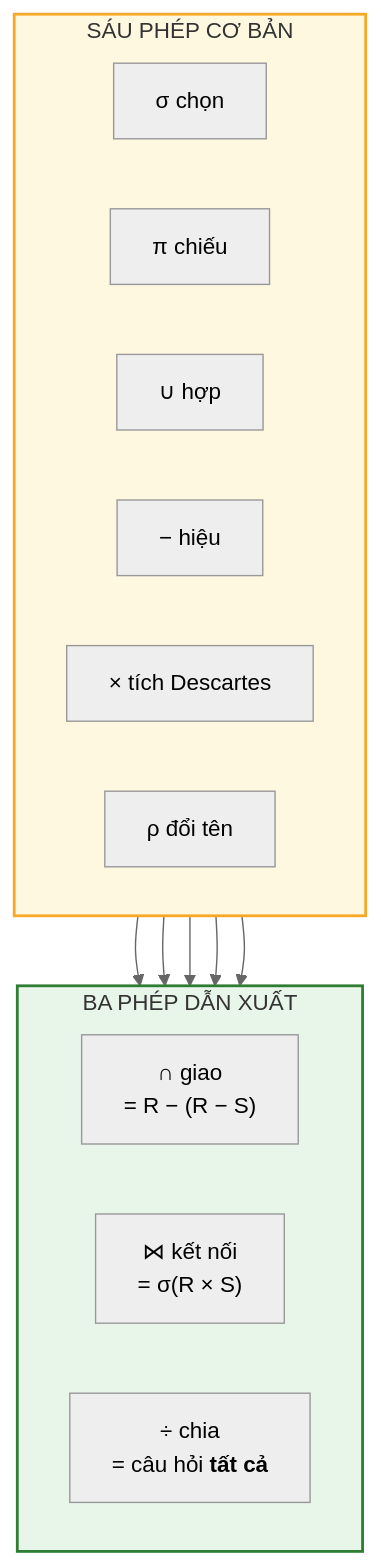
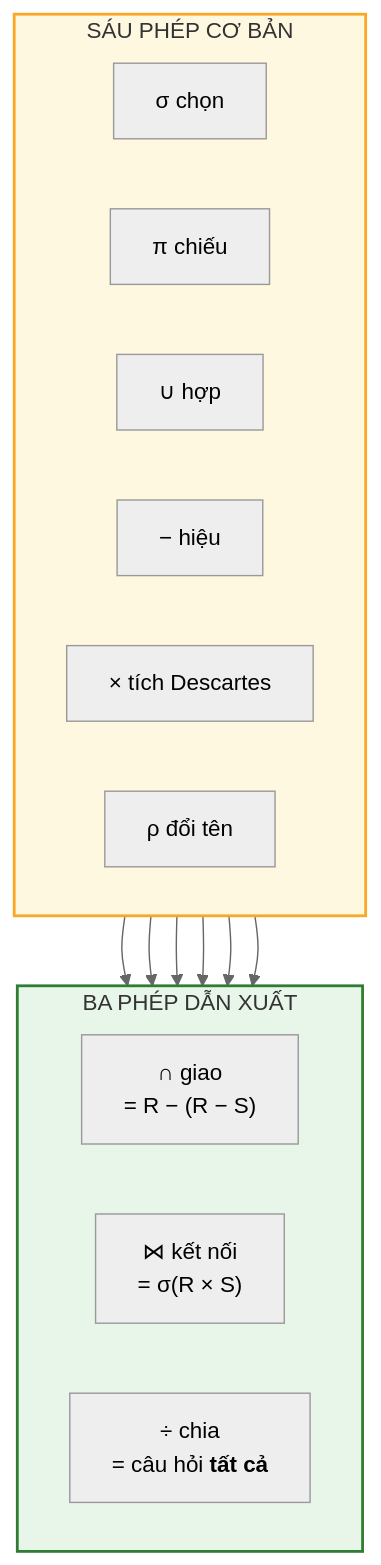
The second of 2 diagrams in docs/cap-3-sql/21-dai-so-quan-he.md (hungnguyen010518/database-tu-a-z), drawn with Mermaid (neutral theme) before and after one commit. The commit also changed other lines of this file and 6 other files, not shown here.

````diff
--- a/docs/cap-3-sql/21-dai-so-quan-he.md
+++ b/docs/cap-3-sql/21-dai-so-quan-he.md
@@ -161,28 +169,29 @@
 ```mermaid
 flowchart TB
     subgraph CB["SÁU PHÉP CƠ BẢN"]
         direction LR
         SEL["σ chọn"]
         PRO["π chiếu"]
         UNI["∪ hợp"]
         DIF["− hiệu"]
         CAR["× tích Descartes"]
         REN["ρ đổi tên"]
     end
 
     subgraph DX["BA PHÉP DẪN XUẤT"]
         direction LR
         INT["∩ giao<br/>= R − (R − S)"]
         JOI["⋈ kết nối<br/>= σ(R × S)"]
         DIV["÷ chia<br/>= câu hỏi <b>tất cả</b>"]
     end
 
     DIF --> INT
     CAR --> JOI
     SEL --> JOI
+    PRO --> DIV
     CAR --> DIV
     DIF --> DIV
 
     style CB fill:#fff8e1,stroke:#f9a825,stroke-width:2px
     style DX fill:#e8f5e9,stroke:#2e7d32,stroke-width:2px
 ```
````
